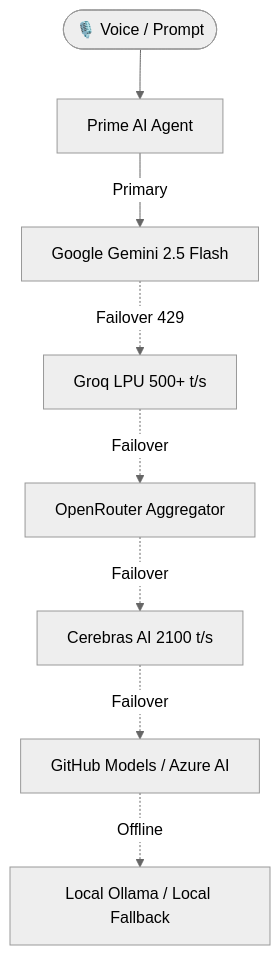
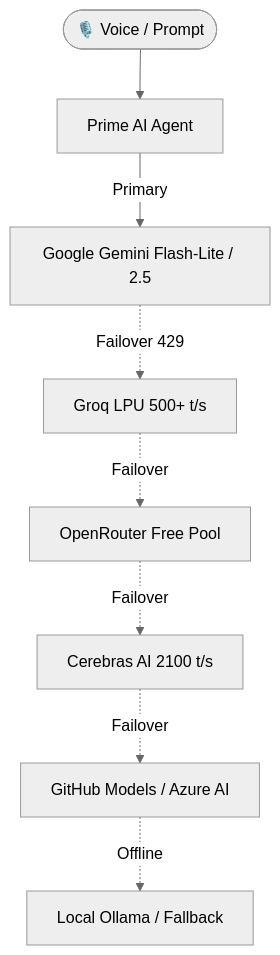
One commit to thoratpratik2323-hue/prime-II1 changed the diagram in README.md. Above: the diagram before and after it, drawn with Mermaid (neutral theme). The commit also changed other lines of this file and 4 other files, not shown here.

````diff
--- a/README.md
+++ b/README.md
@@ -41,10 +82,10 @@
 ```mermaid
 graph TD
     User([🎙️ Voice / Prompt]) --> Core[Prime AI Agent]
-    Core -->|Primary| G[Google Gemini 2.5 Flash]
+    Core -->|Primary| G[Google Gemini Flash-Lite / 2.5]
     G -.->|Failover 429| Q[Groq LPU 500+ t/s]
-    Q -.->|Failover| OR[OpenRouter Aggregator]
+    Q -.->|Failover| OR[OpenRouter Free Pool]
     OR -.->|Failover| C[Cerebras AI 2100 t/s]
     C -.->|Failover| GH[GitHub Models / Azure AI]
-    GH -.->|Offline| L[Local Ollama / Local Fallback]
+    GH -.->|Offline| L[Local Ollama / Fallback]
 ```
````
